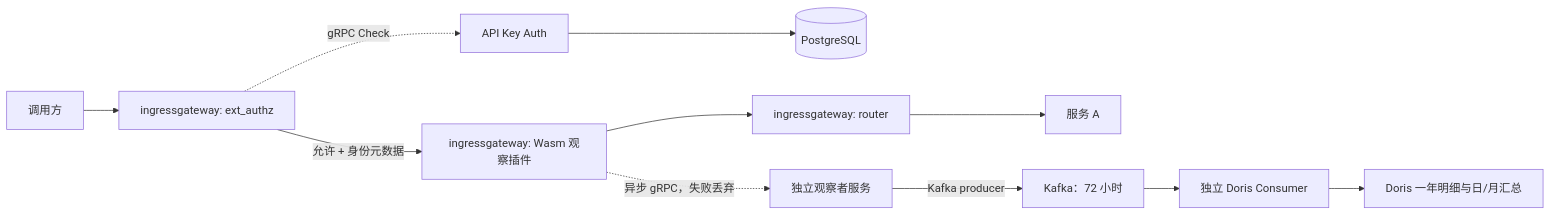
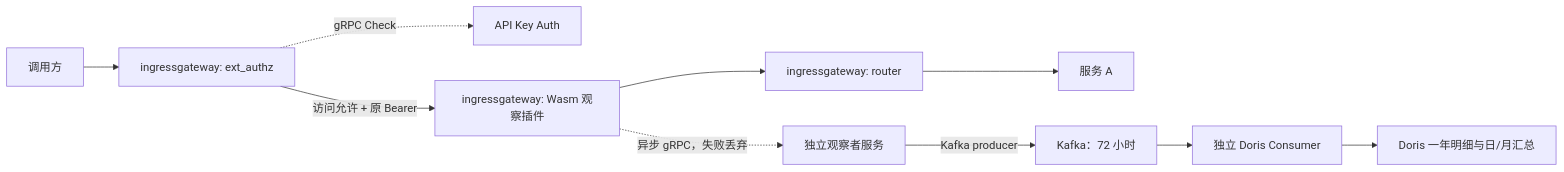
One commit to Fangyan33/llm-token-stats changed the diagram in docs/token-metering-design.md. Above: the diagram before and after it, drawn with Mermaid. The commit also changed other lines of this file and 94 other files, not shown here.

```diff
--- a/docs/token-metering-design.md
+++ b/docs/token-metering-design.md
@@ -80,13 +82,12 @@
 ~~~mermaid
 flowchart LR
     U[调用方] --> X[ingressgateway: ext_authz]
     X -. gRPC Check .-> H[API Key Auth]
-    H --> P[(PostgreSQL)]
-    X -->|允许 + 身份元数据| W[ingressgateway: Wasm 观察插件]
+    X -->|访问允许 + 原 Bearer| W[ingressgateway: Wasm 观察插件]
     W --> G[ingressgateway: router]
     G --> A[服务 A]
     W -. 异步 gRPC，失败丢弃 .-> O[独立观察者服务]
     O -->|Kafka producer| K[Kafka：72 小时]
     K --> C[独立 Doris Consumer]
     C --> D[Doris 一年明细与日/月汇总]
 ~~~
```
